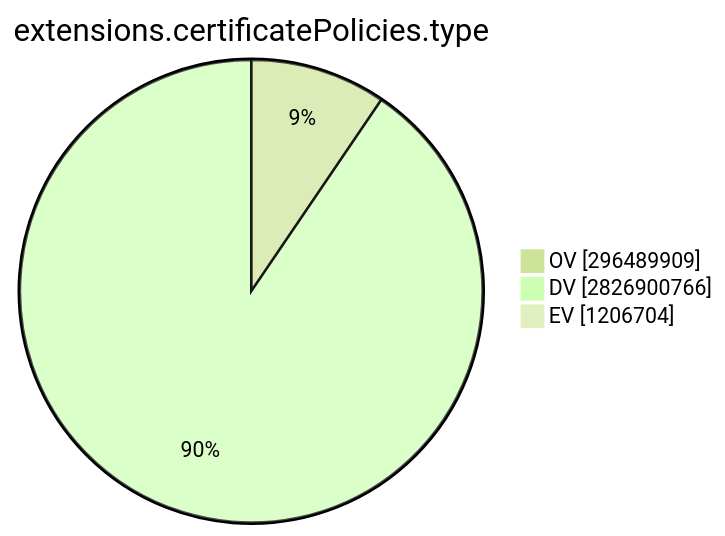
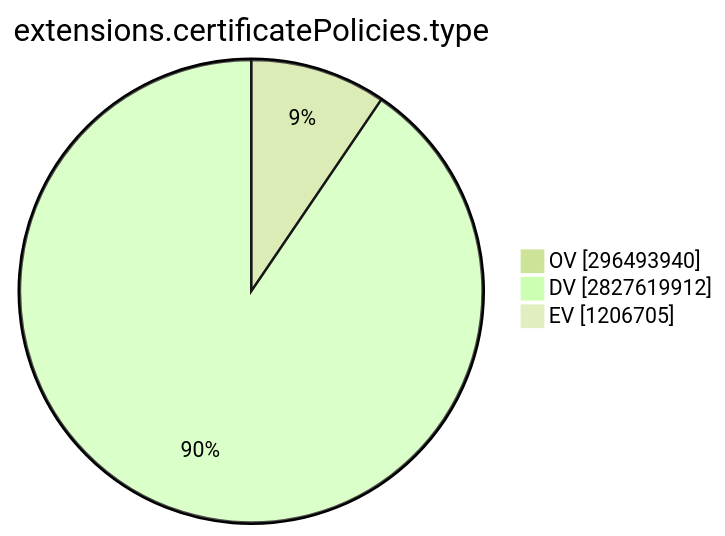
The ninth of 15 diagrams in TOTAL/README.md (christiankrug/ctmonitor_visualization), drawn with Mermaid (forest theme) before and after one commit. The commit also changed other lines of this file, not shown here.

````diff
--- a/TOTAL/README.md
+++ b/TOTAL/README.md
@@ -3099,7 +3099,7 @@
 ```mermaid
 pie showData
 title extensions.certificatePolicies.type
-"OV" :296489909
-"DV" :2826900766
-"EV" :1206704
+"OV" :296493940
+"DV" :2827619912
+"EV" :1206705
 ```
````
